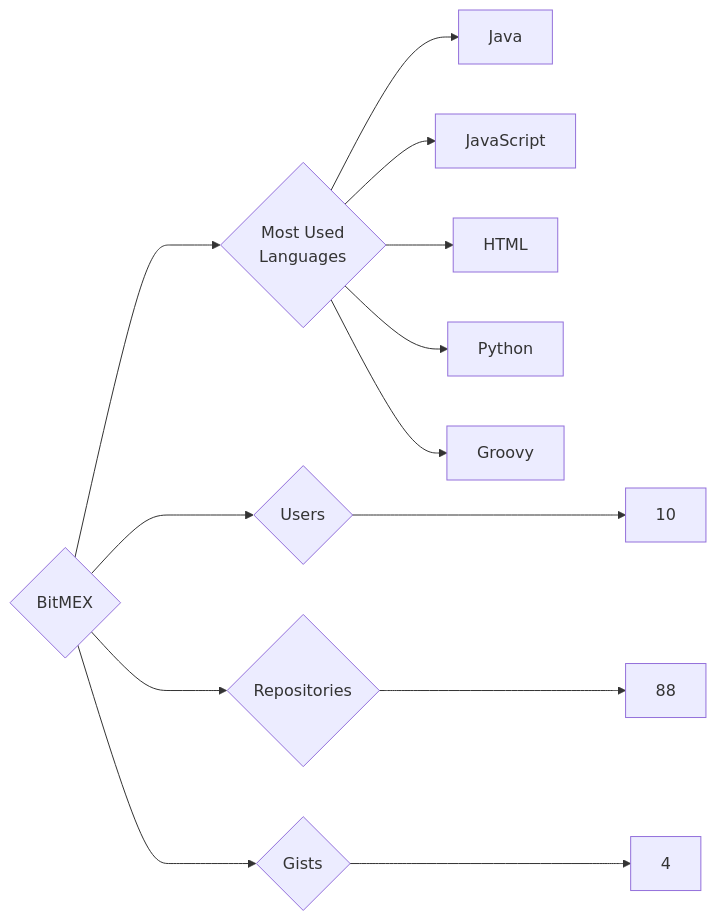
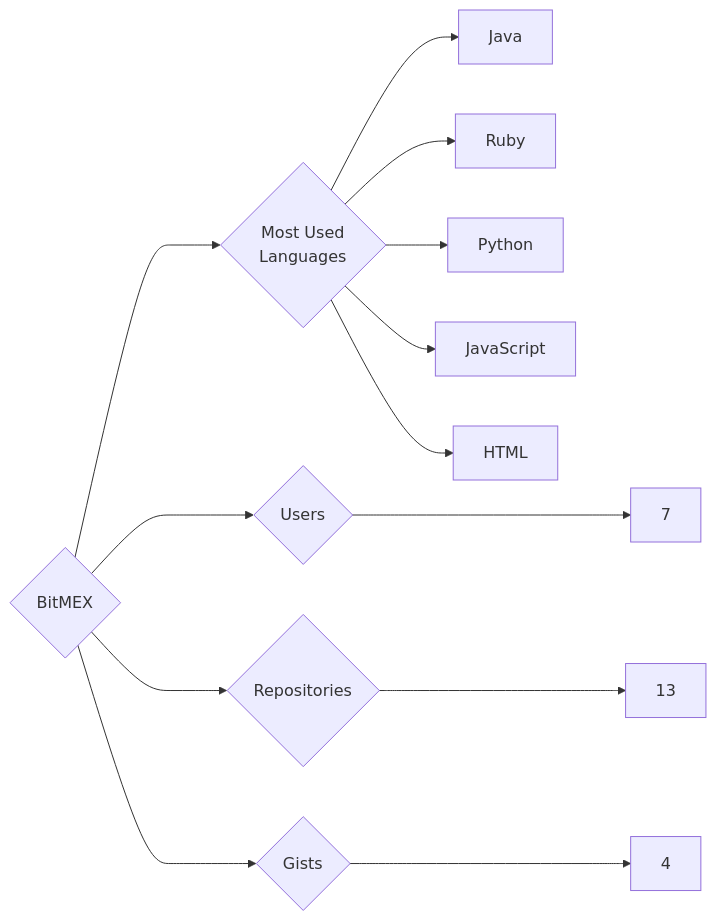
The diagram in targets/BitMEX/README.md (trickest/insiders), drawn with Mermaid before and after one commit. The commit also changed 1195 other files, not shown here.

````diff
--- a/targets/BitMEX/README.md
+++ b/targets/BitMEX/README.md
@@ -3,13 +3,13 @@
 ```mermaid
 graph LR
 COMPANY_NAME{BitMEX}
-COMPANY_NAME ---> U{Users} ---> UN[10]
-COMPANY_NAME ---> R{Repositories} ---> RN[88]
+COMPANY_NAME ---> U{Users} ---> UN[7]
+COMPANY_NAME ---> R{Repositories} ---> RN[13]
 COMPANY_NAME ---> G{Gists} ---> GN[4]
 COMPANY_NAME ---> ML{Most Used<br>Languages}
 ML --> Java[Java]
+ML --> Ruby[Ruby]
+ML --> Python[Python]
 ML --> JavaScript[JavaScript]
 ML --> HTML[HTML]
-ML --> Python[Python]
-ML --> Groovy[Groovy]
 ```
````
